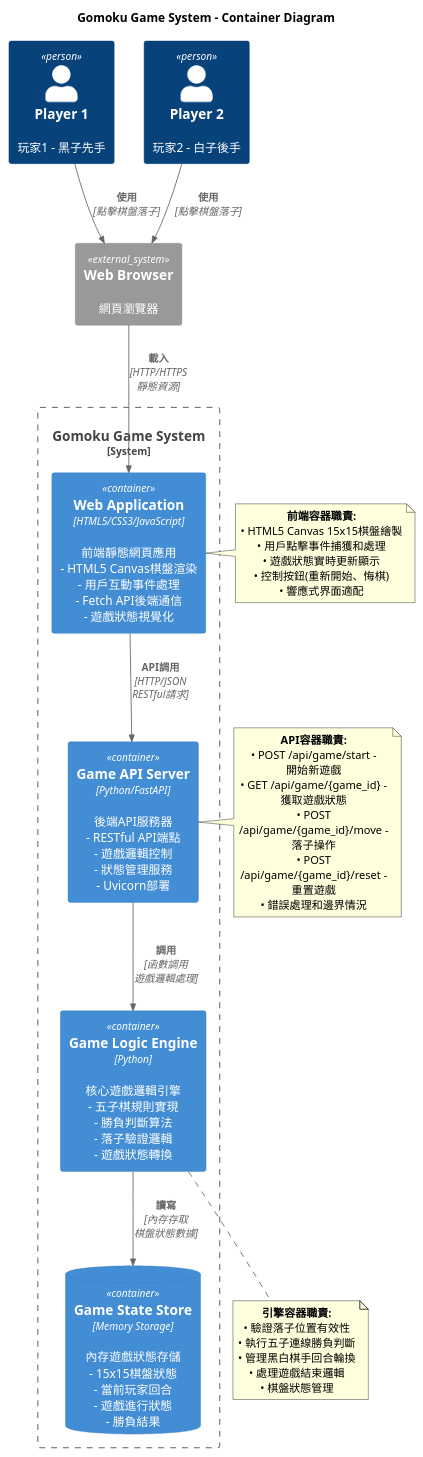
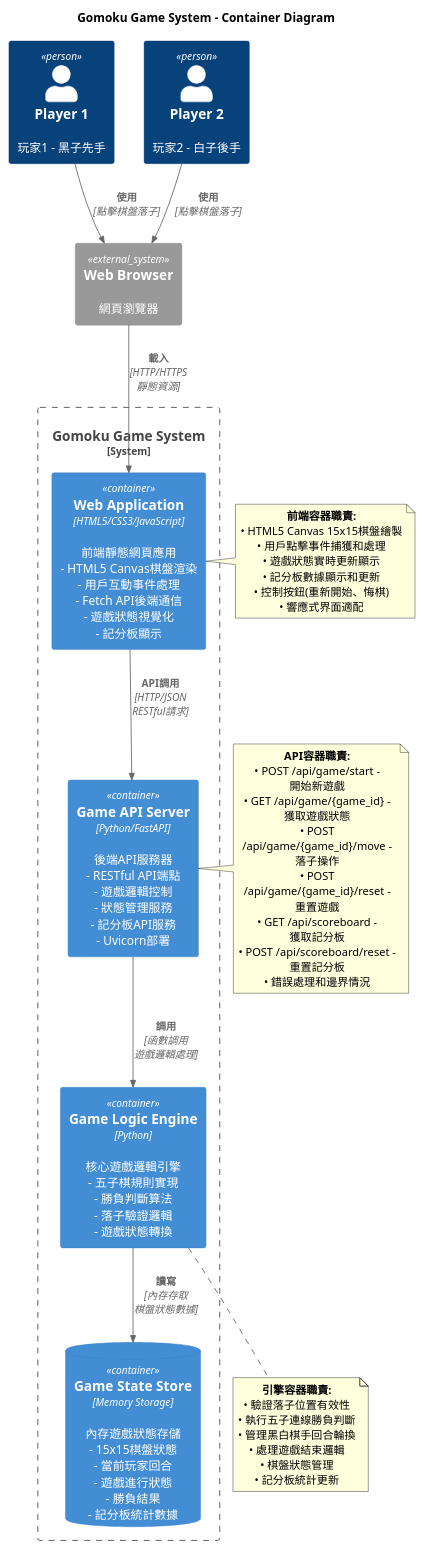
Before and after one commit to GitYCC/gomoku-vibe-example: the diagram in architecture/c4/system-gomoku_game_system/container_diagram.plantuml, drawn with PlantUML. The commit also changed 13 other files, not shown here.

```diff
--- a/architecture/c4/system-gomoku_game_system/container_diagram.plantuml
+++ b/architecture/c4/system-gomoku_game_system/container_diagram.plantuml
@@ -1,55 +1,59 @@
 @startuml container_diagram
 !include https://raw.githubusercontent.com/plantuml-stdlib/C4-PlantUML/master/C4_Container.puml
 
 title Gomoku Game System - Container Diagram
 
 Person(player1, "Player 1", "玩家1 - 黑子先手")
 Person(player2, "Player 2", "玩家2 - 白子後手")
 
 System_Boundary(gomoku_system, "Gomoku Game System") {
-    Container(web_app, "Web Application", "HTML5/CSS3/JavaScript", "前端靜態網頁應用\n- HTML5 Canvas棋盤渲染\n- 用戶互動事件處理\n- Fetch API後端通信\n- 遊戲狀態視覺化")
+    Container(web_app, "Web Application", "HTML5/CSS3/JavaScript", "前端靜態網頁應用\n- HTML5 Canvas棋盤渲染\n- 用戶互動事件處理\n- Fetch API後端通信\n- 遊戲狀態視覺化\n- 記分板顯示")
     
-    Container(game_api, "Game API Server", "Python/FastAPI", "後端API服務器\n- RESTful API端點\n- 遊戲邏輯控制\n- 狀態管理服務\n- Uvicorn部署")
+    Container(game_api, "Game API Server", "Python/FastAPI", "後端API服務器\n- RESTful API端點\n- 遊戲邏輯控制\n- 狀態管理服務\n- 記分板API服務\n- Uvicorn部署")
     
     Container(game_engine, "Game Logic Engine", "Python", "核心遊戲邏輯引擎\n- 五子棋規則實現\n- 勝負判斷算法\n- 落子驗證邏輯\n- 遊戲狀態轉換")
     
-    ContainerDb(game_state, "Game State Store", "Memory Storage", "內存遊戲狀態存儲\n- 15x15棋盤狀態\n- 當前玩家回合\n- 遊戲進行狀態\n- 勝負結果")
+    ContainerDb(game_state, "Game State Store", "Memory Storage", "內存遊戲狀態存儲\n- 15x15棋盤狀態\n- 當前玩家回合\n- 遊戲進行狀態\n- 勝負結果\n- 記分板統計數據")
 }
 
 System_Ext(web_browser, "Web Browser", "網頁瀏覽器")
 
 Rel(player1, web_browser, "使用", "點擊棋盤落子")
 Rel(player2, web_browser, "使用", "點擊棋盤落子")
 Rel(web_browser, web_app, "載入", "HTTP/HTTPS\n靜態資源")
 Rel(web_app, game_api, "API調用", "HTTP/JSON\nRESTful請求")
 Rel(game_api, game_engine, "調用", "函數調用\n遊戲邏輯處理")
 Rel(game_engine, game_state, "讀寫", "內存存取\n棋盤狀態數據")
 
 note right of web_app
   **前端容器職責:**
   • HTML5 Canvas 15x15棋盤繪製
   • 用戶點擊事件捕獲和處理
   • 遊戲狀態實時更新顯示
+  • 記分板數據顯示和更新
   • 控制按鈕(重新開始、悔棋)
   • 響應式界面適配
 end note
 
 note left of game_api
   **API容器職責:**
   • POST /api/game/start - 開始新遊戲
   • GET /api/game/{game_id} - 獲取遊戲狀態
   • POST /api/game/{game_id}/move - 落子操作
   • POST /api/game/{game_id}/reset - 重置遊戲
+  • GET /api/scoreboard - 獲取記分板
+  • POST /api/scoreboard/reset - 重置記分板
   • 錯誤處理和邊界情況
 end note
 
 note bottom of game_engine
   **引擎容器職責:**
   • 驗證落子位置有效性
   • 執行五子連線勝負判斷
   • 管理黑白棋手回合輪換
   • 處理遊戲結束邏輯
   • 棋盤狀態管理
+  • 記分板統計更新
 end note
 
 @enduml
```
